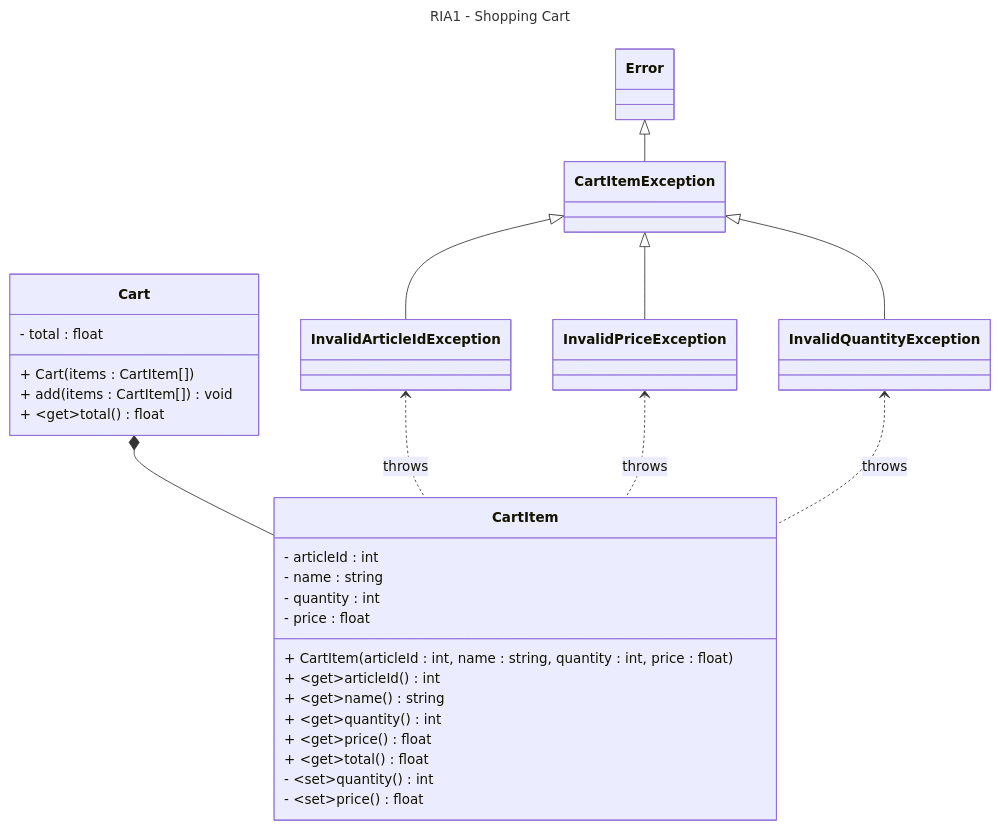
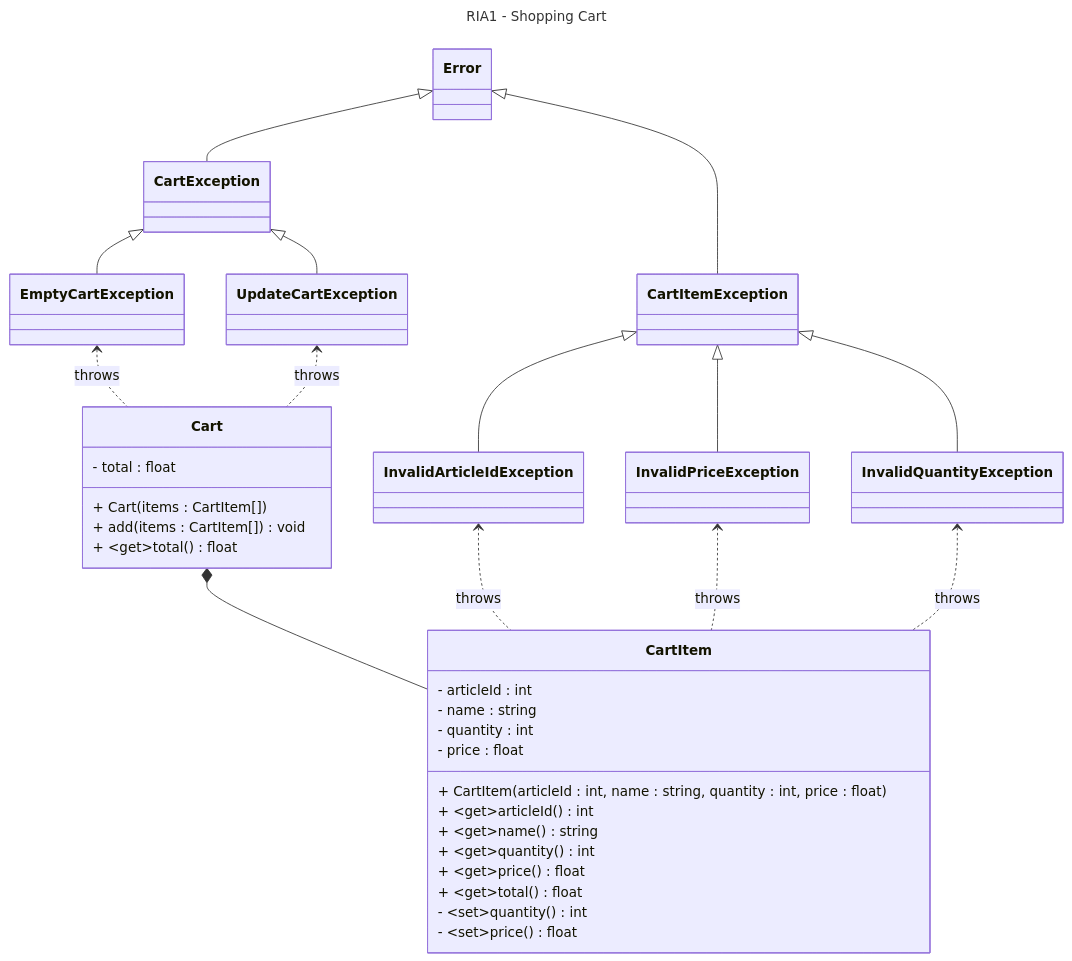
Before and after one commit to dieperid/Shopping: the diagram in docs/class-diagram.md, drawn with Mermaid.

Commit message:
docs(classDiagram): adapted class diagram according to new test class for Cart

````diff
--- a/docs/class-diagram.md
+++ b/docs/class-diagram.md
@@ -1,46 +1,57 @@
 ```mermaid
 ---
 title: RIA1 - Shopping Cart
 ---
 classDiagram
     class CartItem {
         - articleId : int
         - name : string
         - quantity : int
         - price : float
 
         + CartItem(articleId : int, name : string, quantity : int, price : float)
         + ~get~articleId() int
         + ~get~name() string
         + ~get~quantity() int
         + ~get~price() float
         + ~get~total() float
         - ~set~quantity() int
         - ~set~price() float
     }
 
     class Cart {
         - total : float
 
         + Cart(items : CartItem[])
         + add(items : CartItem[]) void
         + ~get~total() float
     }
 
     Cart *-- CartItem
 
+    Error <|-- CartException
+    Error <|-- CartItemException
+
     class CartItemException { }
     class InvalidArticleIdException { }
     class InvalidPriceException { }
     class InvalidQuantityException { }
 
     CartItemException <|-- InvalidArticleIdException
     CartItemException <|-- InvalidPriceException
     CartItemException <|-- InvalidQuantityException
 
-    Error <|-- CartItemException
+    class CartException { }
+    class EmptyCartException { }
+    class UpdateCartException { }
+
+    CartException <|-- EmptyCartException
+    CartException <|-- UpdateCartException
 
     InvalidArticleIdException <.. CartItem : throws
     InvalidPriceException <.. CartItem : throws
     InvalidQuantityException <.. CartItem : throws
+
+    EmptyCartException <.. Cart : throws
+    UpdateCartException <.. Cart : throws
 ```
````
